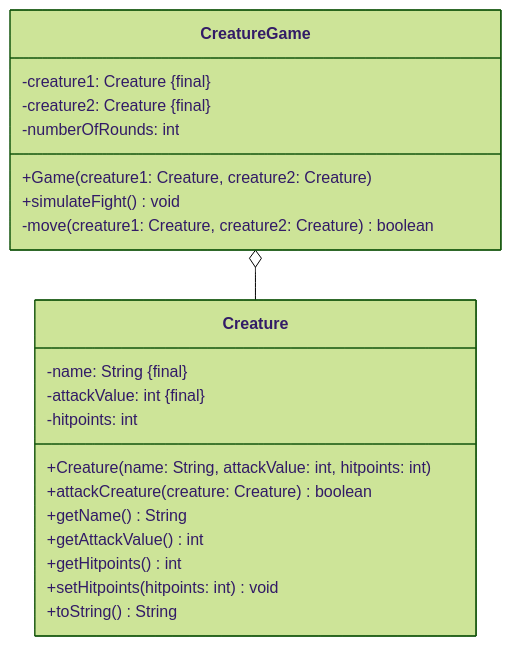
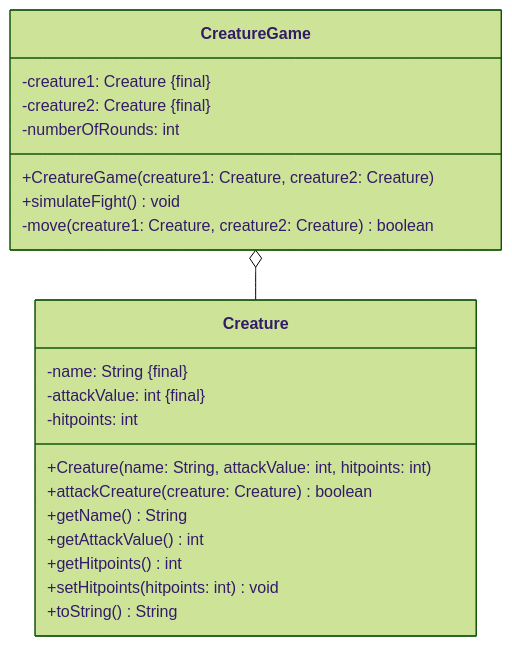
One commit to jappuccini/java-docs changed the diagram in docs/exercises/class-diagrams/class-diagrams03.mdx. Above: the diagram before and after it, drawn with Mermaid (forest theme).

Commit message:
fix mermaid typo in class diagram 03

````diff
--- a/docs/exercises/class-diagrams/class-diagrams03.mdx
+++ b/docs/exercises/class-diagrams/class-diagrams03.mdx
@@ -15,26 +15,26 @@
 ```mermaid
 classDiagram
     CreatureGame o-- Creature
 
     class CreatureGame {
         -creature1: Creature #123;final#125;
         -creature2: Creature #123;final#125;
         -numberOfRounds: int
-        +Game(creature1: Creature, creature2: Creature)
+        +CreatureGame(creature1: Creature, creature2: Creature)
         +simulateFight() void
         -move(creature1: Creature, creature2: Creature) boolean
     }
 
     class Creature {
         -name: String #123;final#125;
         -attackValue: int #123;final#125;
         -hitpoints: int
         +Creature(name: String, attackValue: int, hitpoints: int)
         +attackCreature(creature: Creature) boolean
         +getName() String
         +getAttackValue() int
         +getHitpoints() int
         +setHitpoints(hitpoints: int) void
         +toString() String
     }
 ```
````
